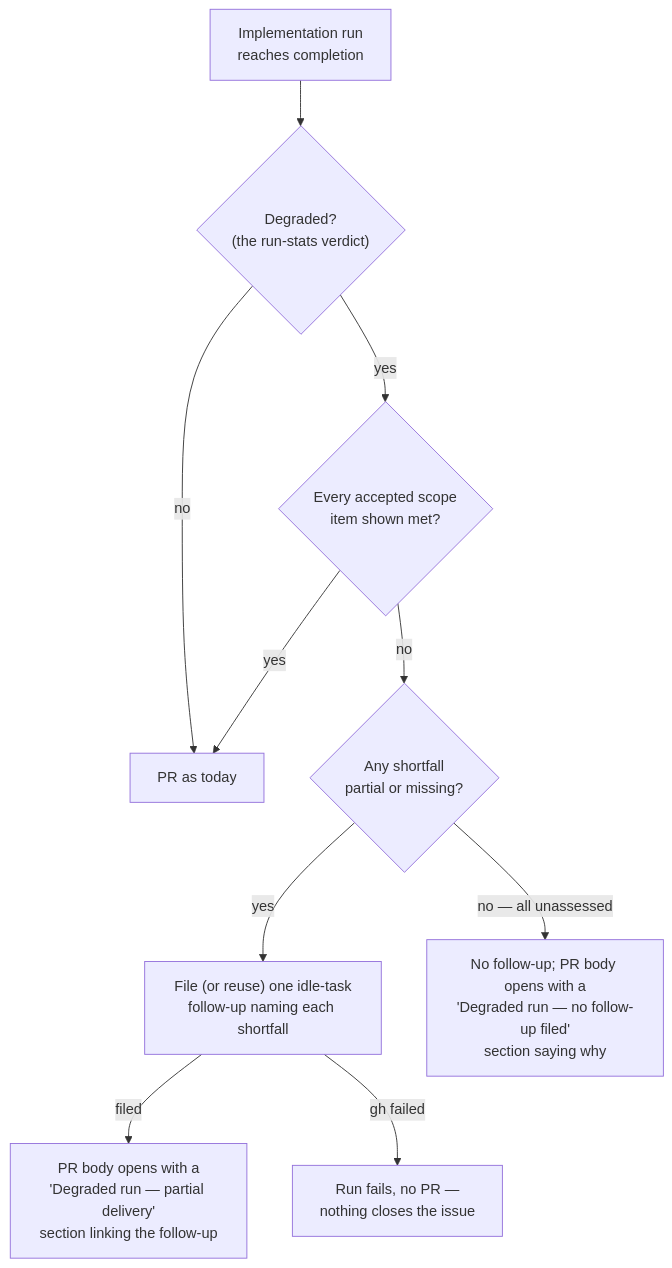
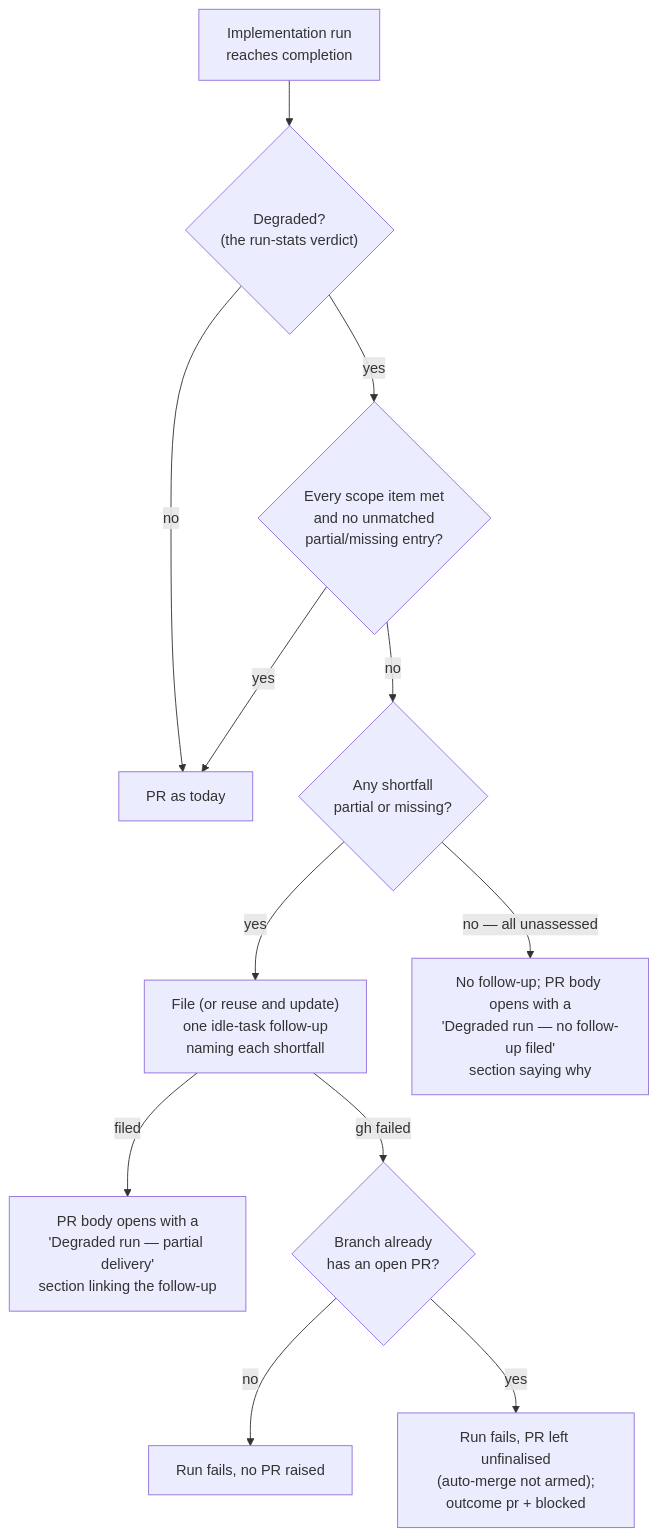
One commit to stSoftwareAU/VibeCoder changed diagram 17 of 21 in docs/workflows/issue-processing.md. Above: the diagram before and after it, drawn with Mermaid. The commit also changed other lines of this file and 4 other files, not shown here.

````diff
--- a/docs/workflows/issue-processing.md
+++ b/docs/workflows/issue-processing.md
@@ -1369,12 +1465,14 @@
 ```mermaid
 flowchart TD
     R["Implementation run<br/>reaches completion"] --> D{"Degraded?<br/>(the run-stats verdict)"}
     D -- no --> P["PR as today"]
-    D -- yes --> S{"Every accepted scope<br/>item shown met?"}
+    D -- yes --> S{"Every scope item met<br/>and no unmatched<br/>partial/missing entry?"}
     S -- yes --> P
     S -- no --> G{"Any shortfall<br/>partial or missing?"}
-    G -- yes --> F["File (or reuse) one idle-task<br/>follow-up naming each shortfall"]
+    G -- yes --> F["File (or reuse and update)<br/>one idle-task follow-up<br/>naming each shortfall"]
     F -- filed --> B["PR body opens with a<br/>'Degraded run — partial delivery'<br/>section linking the follow-up"]
-    F -- "gh failed" --> X["Run fails, no PR —<br/>nothing closes the issue"]
+    F -- "gh failed" --> Q{"Branch already<br/>has an open PR?"}
+    Q -- no --> X["Run fails, no PR raised"]
+    Q -- yes --> Y["Run fails, PR left unfinalised<br/>(auto-merge not armed);<br/>outcome pr + blocked"]
     G -- "no — all unassessed" --> N["No follow-up; PR body opens with a<br/>'Degraded run — no follow-up filed'<br/>section saying why"]
 ```
````
